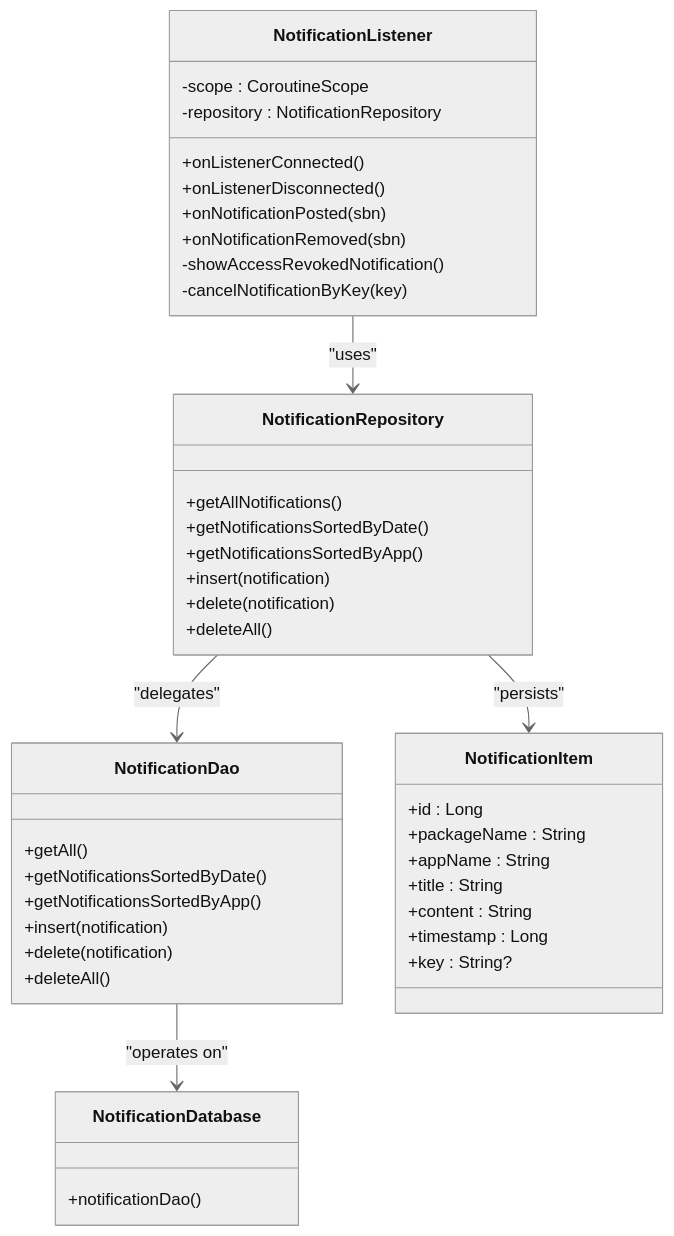
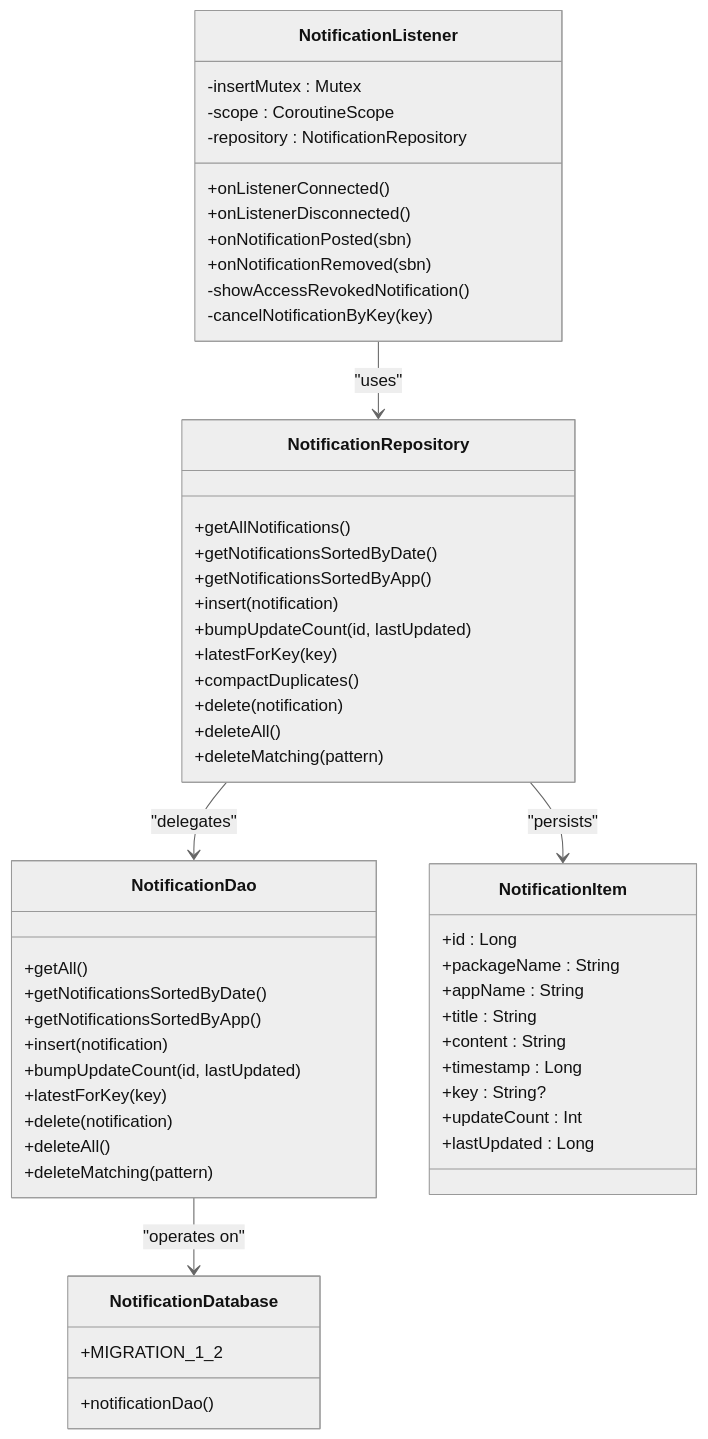
Before and after one commit to caldefoc/NotificationLog: the third of 9 diagrams in .qoder/repowiki/en/content/Core Features/Real-time Notification Capture.md, drawn with Mermaid (neutral theme). The commit also changed other lines of this file and 13 other files, not shown here.

````diff
--- a/.qoder/repowiki/en/content/Core Features/Real-time Notification Capture.md
+++ b/.qoder/repowiki/en/content/Core Features/Real-time Notification Capture.md
@@ -154,45 +175,56 @@
 ```mermaid
 classDiagram
 class NotificationListener {
 +onListenerConnected()
 +onListenerDisconnected()
 +onNotificationPosted(sbn)
 +onNotificationRemoved(sbn)
 -showAccessRevokedNotification()
 -cancelNotificationByKey(key)
+-insertMutex : Mutex
 -scope : CoroutineScope
 -repository : NotificationRepository
 }
 class NotificationRepository {
 +getAllNotifications()
 +getNotificationsSortedByDate()
 +getNotificationsSortedByApp()
 +insert(notification)
++bumpUpdateCount(id, lastUpdated)
++latestForKey(key)
++compactDuplicates()
 +delete(notification)
 +deleteAll()
++deleteMatching(pattern)
 }
 class NotificationDao {
 +getAll()
 +getNotificationsSortedByDate()
 +getNotificationsSortedByApp()
 +insert(notification)
++bumpUpdateCount(id, lastUpdated)
++latestForKey(key)
 +delete(notification)
 +deleteAll()
++deleteMatching(pattern)
 }
 class NotificationDatabase {
 +notificationDao()
++MIGRATION_1_2
 }
 class NotificationItem {
 +id : Long
 +packageName : String
 +appName : String
 +title : String
 +content : String
 +timestamp : Long
 +key : String?
++updateCount : Int
++lastUpdated : Long
 }
 NotificationListener --> NotificationRepository : "uses"
 NotificationRepository --> NotificationDao : "delegates"
 NotificationDao --> NotificationDatabase : "operates on"
 NotificationRepository --> NotificationItem : "persists"
 ```
````
